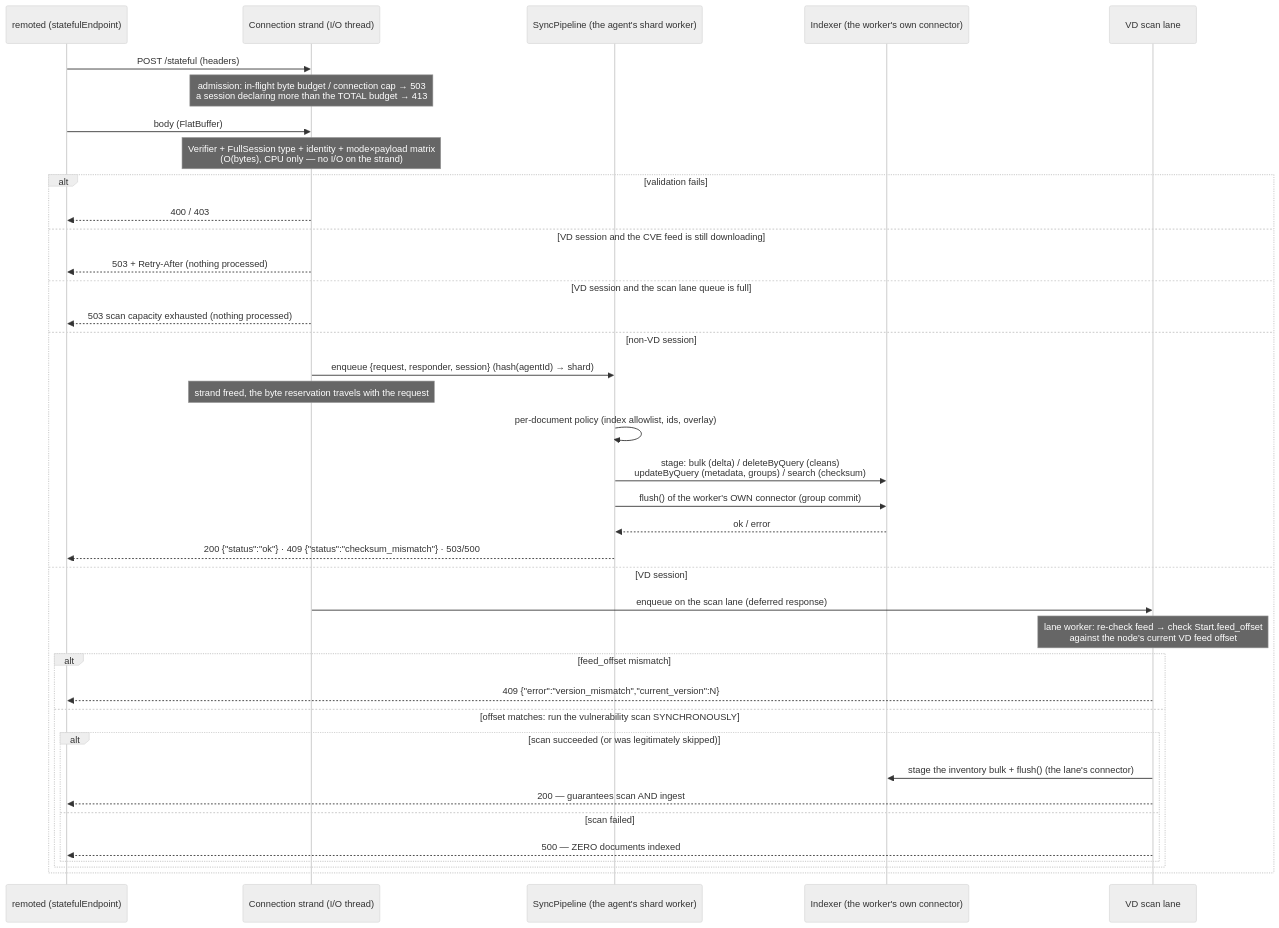
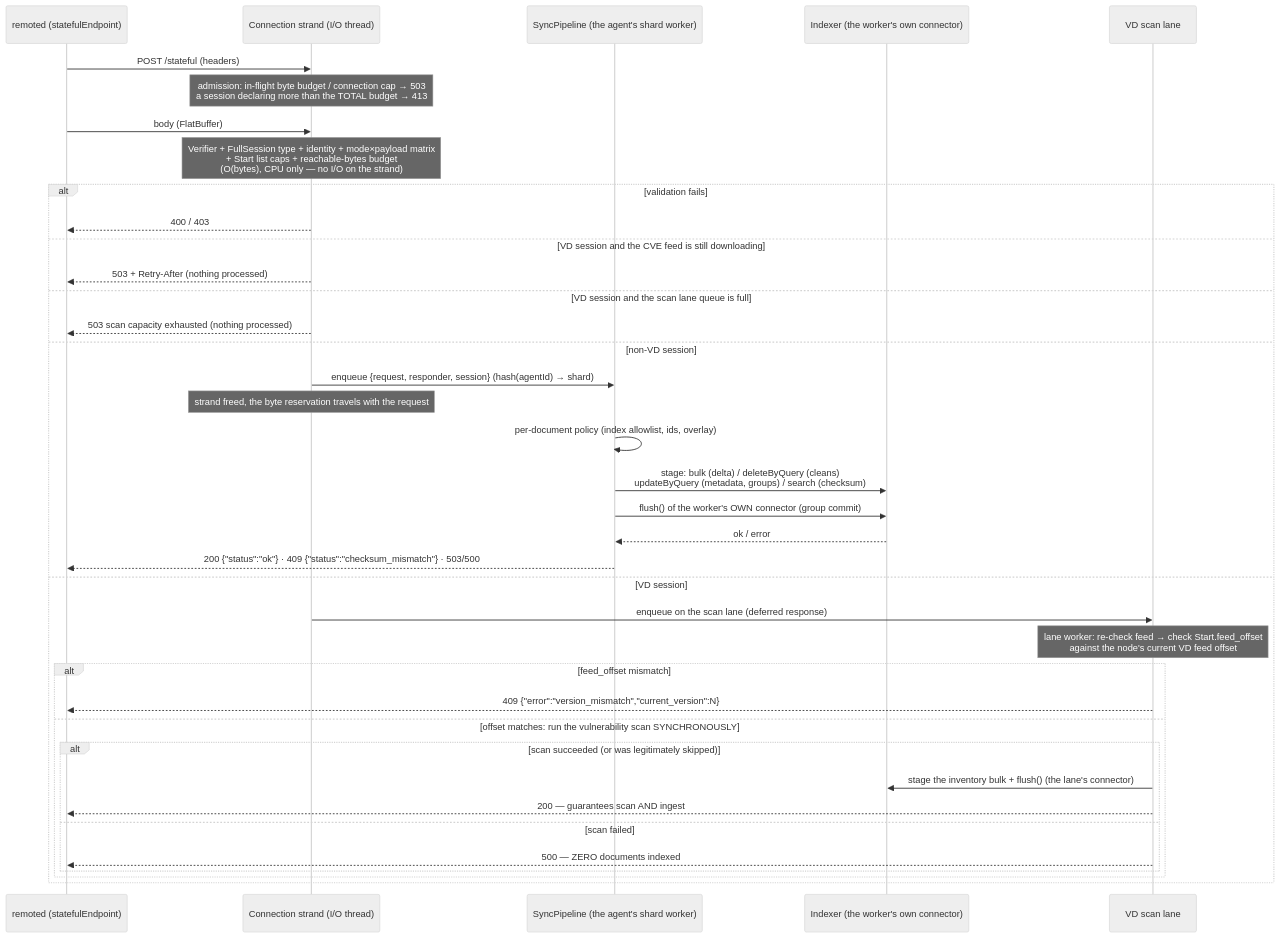
One commit to wazuh/wazuh changed the second of 4 diagrams in docs/ref/modules/inventory-sync-server/architecture.md. Above: the diagram before and after it, drawn with Mermaid (neutral theme). The commit also changed other lines of this file and 36 other files, not shown here.

````diff
--- a/docs/ref/modules/inventory-sync-server/architecture.md
+++ b/docs/ref/modules/inventory-sync-server/architecture.md
@@ -58,40 +58,40 @@
 ```mermaid
 sequenceDiagram
     participant R as remoted (statefulEndpoint)
     participant S as Connection strand (I/O thread)
     participant Q as SyncPipeline (the agent's shard worker)
     participant IDX as Indexer (the worker's own connector)
     participant VQ as VD scan lane
     R->>S: POST /stateful (headers)
     Note over S: admission: in-flight byte budget / connection cap → 503<br/>a session declaring more than the TOTAL budget → 413
     R->>S: body (FlatBuffer)
-    Note over S: Verifier + FullSession type + identity + mode×payload matrix<br/>(O(bytes), CPU only — no I/O on the strand)
+    Note over S: Verifier + FullSession type + identity + mode×payload matrix<br/>+ Start list caps + reachable-bytes budget<br/>(O(bytes), CPU only — no I/O on the strand)
     alt validation fails
         S-->>R: 400 / 403
     else VD session and the CVE feed is still downloading
         S-->>R: 503 + Retry-After (nothing processed)
     else VD session and the scan lane queue is full
         S-->>R: 503 scan capacity exhausted (nothing processed)
     else non-VD session
         S->>Q: enqueue {request, responder, session} (hash(agentId) → shard)
         Note over S: strand freed, the byte reservation travels with the request
         Q->>Q: per-document policy (index allowlist, ids, overlay)
         Q->>IDX: stage: bulk (delta) / deleteByQuery (cleans)<br/>updateByQuery (metadata, groups) / search (checksum)
         Q->>IDX: flush() of the worker's OWN connector (group commit)
         IDX-->>Q: ok / error
         Q-->>R: 200 {"status":"ok"} · 409 {"status":"checksum_mismatch"} · 503/500
     else VD session
         S->>VQ: enqueue on the scan lane (deferred response)
         Note over VQ: lane worker: re-check feed → check Start.feed_offset<br/>against the node's current VD feed offset
         alt feed_offset mismatch
             VQ-->>R: 409 {"error":"version_mismatch","current_version":N}
         else offset matches: run the vulnerability scan SYNCHRONOUSLY
             alt scan succeeded (or was legitimately skipped)
                 VQ->>IDX: stage the inventory bulk + flush() (the lane's connector)
                 VQ-->>R: 200 — guarantees scan AND ingest
             else scan failed
                 VQ-->>R: 500 — ZERO documents indexed
             end
         end
     end
 ```
````
